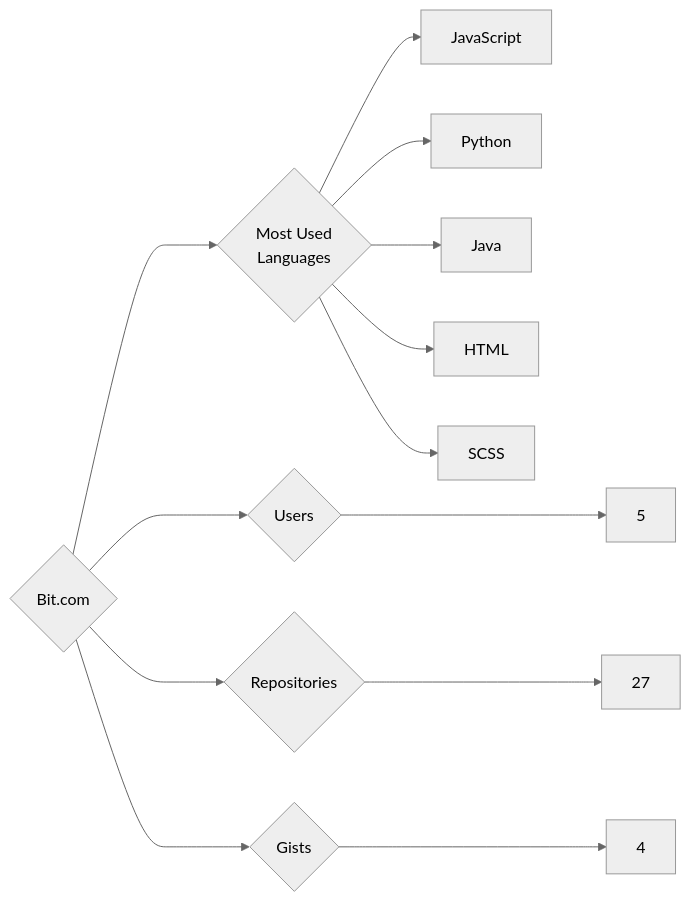
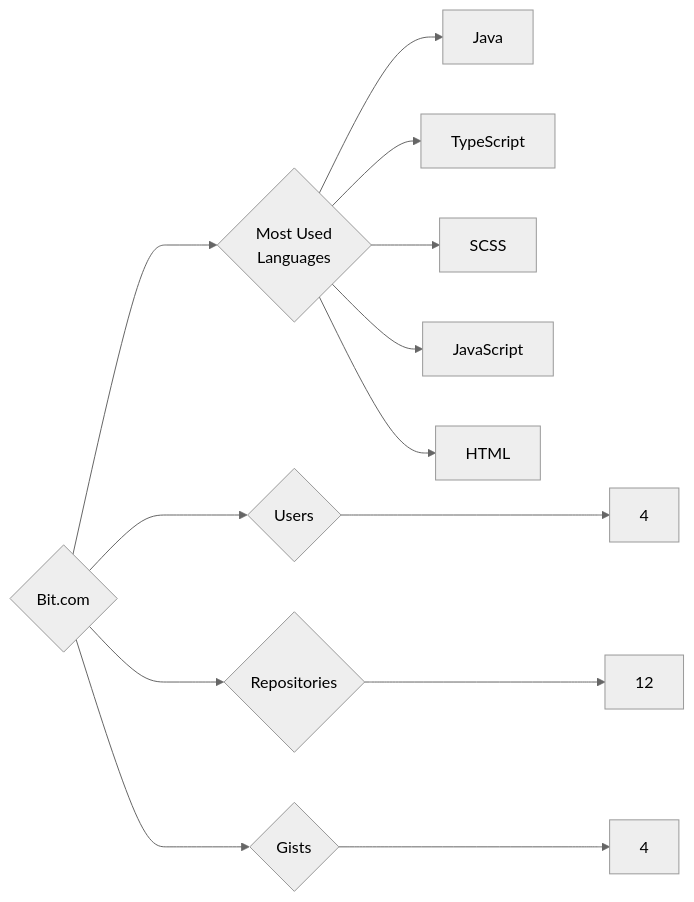
Before and after one commit to trickest/insiders: the diagram in targets/Bit.com/README.md, drawn with Mermaid (neutral theme). The commit also changed 859 other files, not shown here.

````diff
--- a/targets/Bit.com/README.md
+++ b/targets/Bit.com/README.md
@@ -3,13 +3,13 @@
 ```mermaid
 graph LR
 COMPANY_NAME{Bit.com}
-COMPANY_NAME ---> U{Users} ---> UN[5]
-COMPANY_NAME ---> R{Repositories} ---> RN[27]
+COMPANY_NAME ---> U{Users} ---> UN[4]
+COMPANY_NAME ---> R{Repositories} ---> RN[12]
 COMPANY_NAME ---> G{Gists} ---> GN[4]
 COMPANY_NAME ---> ML{Most Used<br>Languages}
+ML --> Java[Java]
+ML --> TypeScript[TypeScript]
+ML --> SCSS[SCSS]
 ML --> JavaScript[JavaScript]
-ML --> Python[Python]
-ML --> Java[Java]
 ML --> HTML[HTML]
-ML --> SCSS[SCSS]
 ```
````
